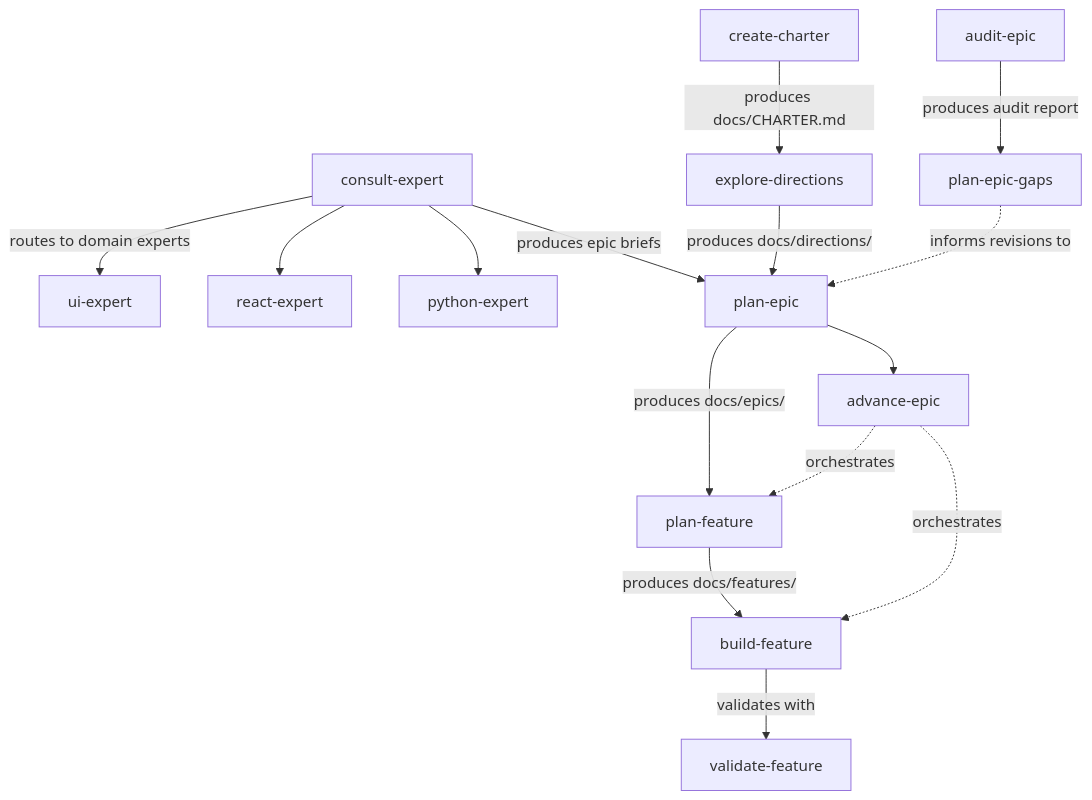
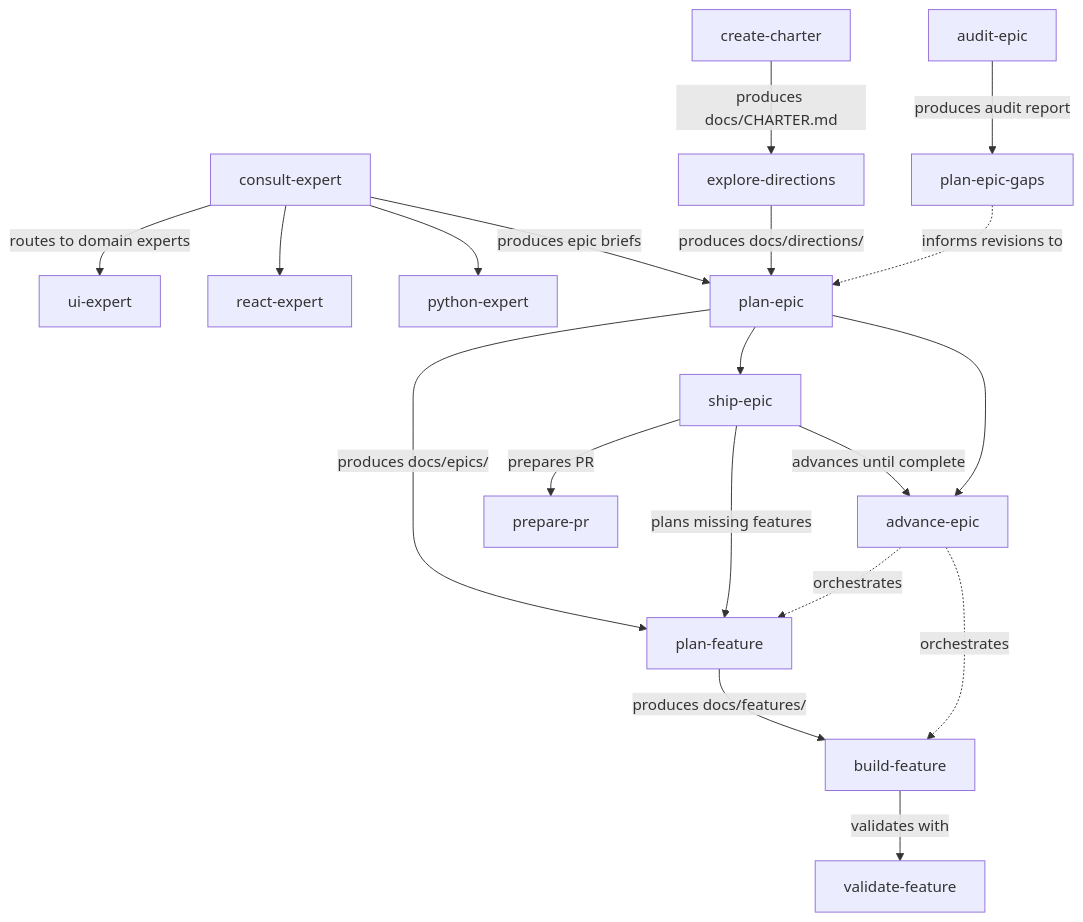
Before and after one commit to pnewsam/skills: the first of 11 diagrams in README.md, drawn with Mermaid. The commit also changed other lines of this file and 1 other file, not shown here.

Commit message:
Add ship-epic

````diff
--- a/README.md
+++ b/README.md
@@ -13,17 +13,21 @@
 ```mermaid
 flowchart TD
     CE[consult-expert] -->|routes to domain experts| UE[ui-expert]
     CE --> RE[react-expert]
     CE --> PY[python-expert]
     CE -->|produces epic briefs| PE
     CC[create-charter] -->|produces docs/CHARTER.md| ED[explore-directions]
     ED -->|produces docs/directions/| PE[plan-epic]
     PE -->|produces docs/epics/| PF[plan-feature]
+    PE --> SP[ship-epic]
+    SP -->|plans missing features| PF
+    SP -->|advances until complete| AE
+    SP -->|prepares PR| PPR[prepare-pr]
     PF -->|produces docs/features/| BF[build-feature]
     BF -->|validates with| VF[validate-feature]
     PE --> AE[advance-epic]
     AE -.->|orchestrates| PF
     AE -.->|orchestrates| BF
     AE2[audit-epic] -->|produces audit report| PEG[plan-epic-gaps]
     PEG -.->|informs revisions to| PE
 ```
````
